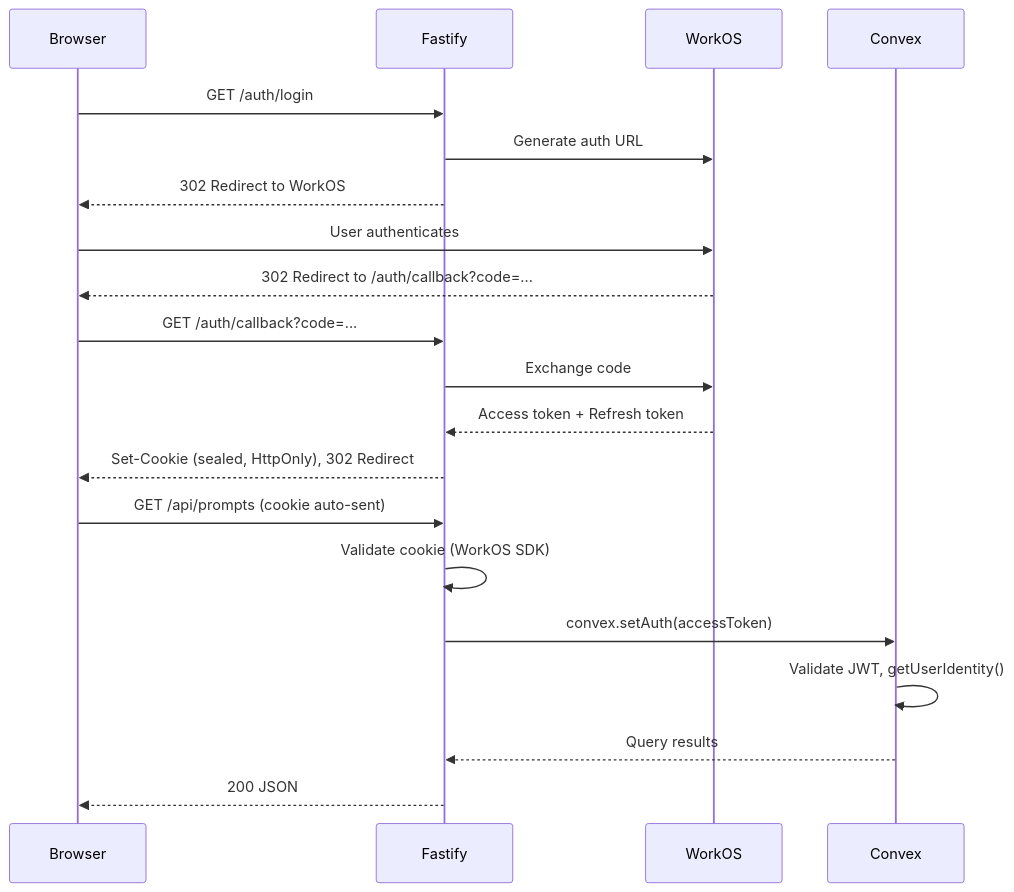
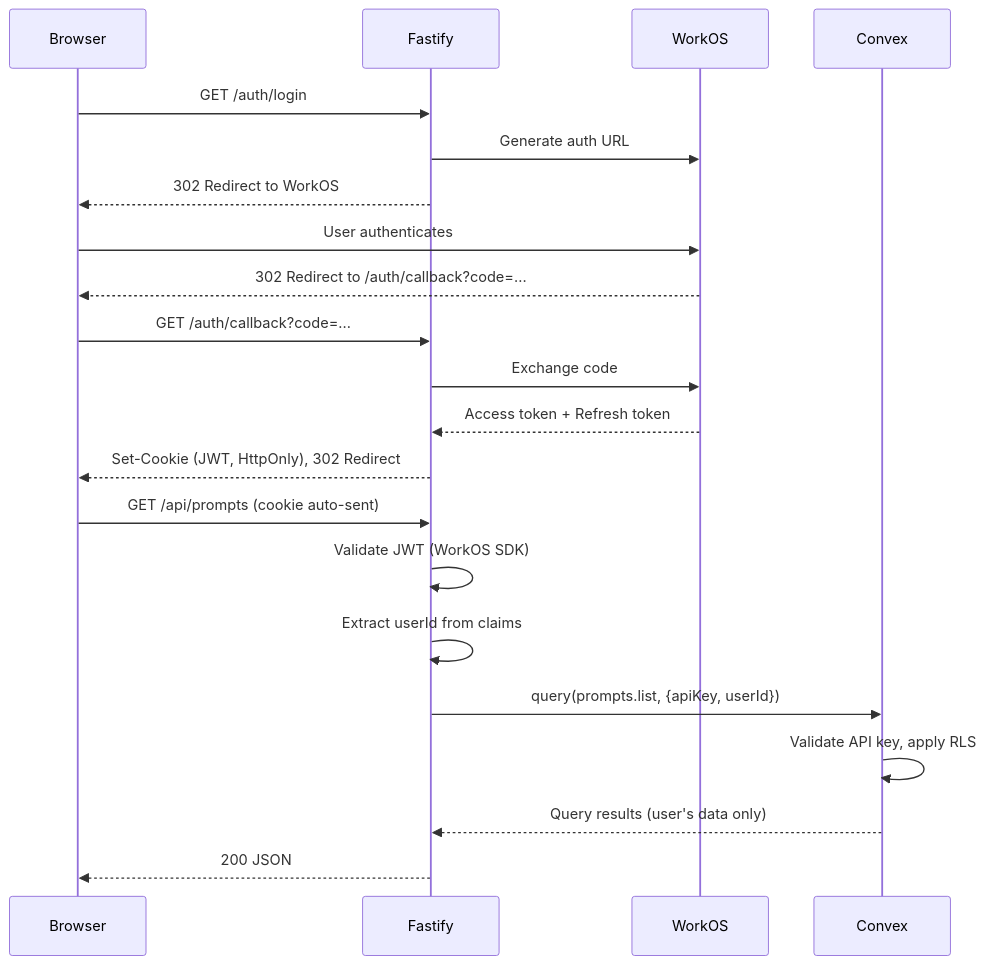
One commit to liminal-ai/liminaldb changed the second of 6 diagrams in docs/architecture.md. Above: the diagram before and after it, drawn with Mermaid. The commit also changed other lines of this file and 28 other files, not shown here.

First line of the commit message:
Add auth architecture, design, TDD skeleton and red phase tests

````diff
--- a/docs/architecture.md
+++ b/docs/architecture.md
@@ -294,23 +298,24 @@
 ```mermaid
 sequenceDiagram
     participant B as Browser
     participant F as Fastify
     participant W as WorkOS
     participant C as Convex
 
     B->>F: GET /auth/login
     F->>W: Generate auth URL
     F-->>B: 302 Redirect to WorkOS
     B->>W: User authenticates
     W-->>B: 302 Redirect to /auth/callback?code=...
     B->>F: GET /auth/callback?code=...
     F->>W: Exchange code
     W-->>F: Access token + Refresh token
-    F-->>B: Set-Cookie (sealed, HttpOnly), 302 Redirect
+    F-->>B: Set-Cookie (JWT, HttpOnly), 302 Redirect
     B->>F: GET /api/prompts (cookie auto-sent)
-    F->>F: Validate cookie (WorkOS SDK)
-    F->>C: convex.setAuth(accessToken)
-    C->>C: Validate JWT, getUserIdentity()
-    C-->>F: Query results
+    F->>F: Validate JWT (WorkOS SDK)
+    F->>F: Extract userId from claims
+    F->>C: query(prompts.list, {apiKey, userId})
+    C->>C: Validate API key, apply RLS
+    C-->>F: Query results (user's data only)
     F-->>B: 200 JSON
 ```
````
